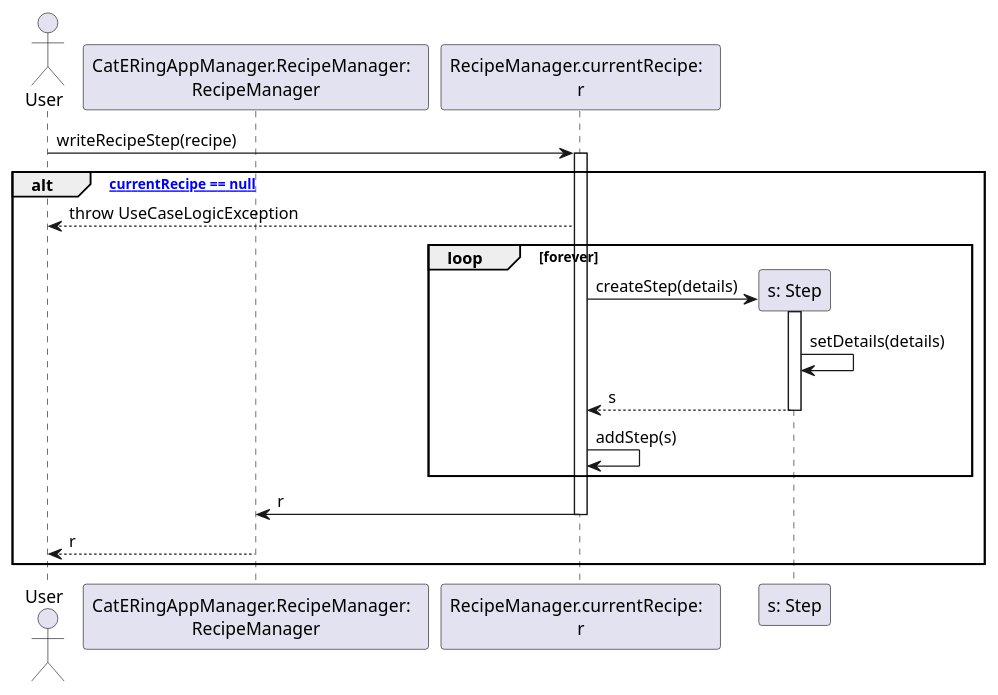
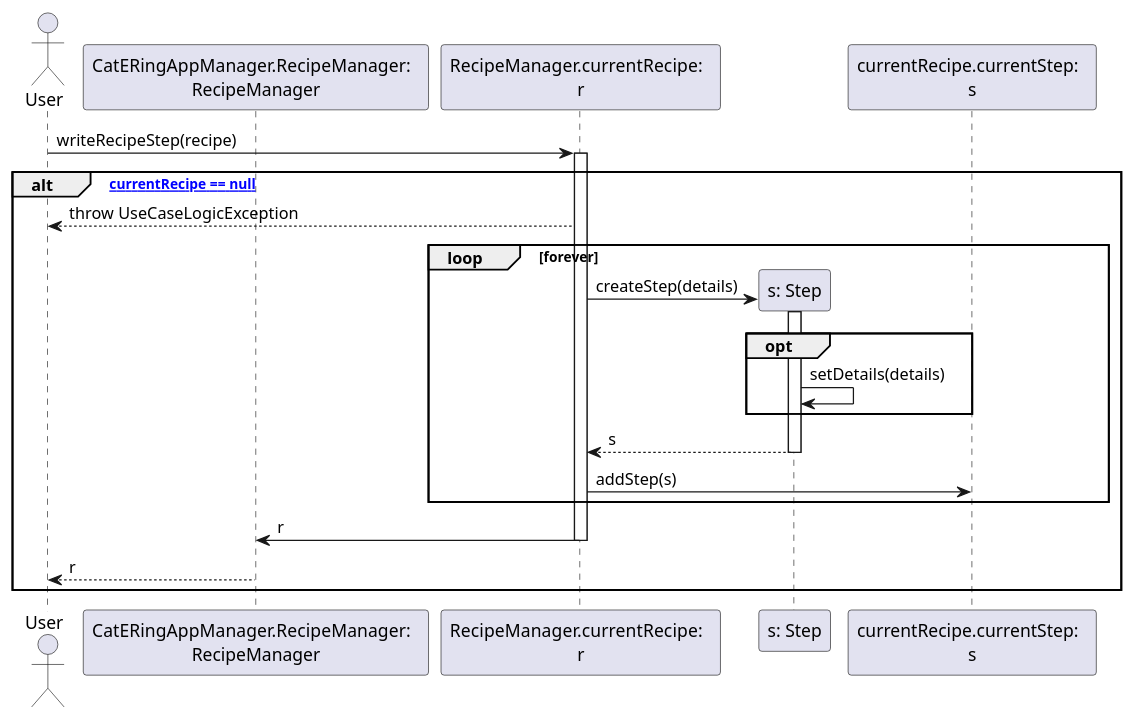
The diagram in dsd/dsd-ricette/2-writeRecipeStep.md (m0canu1/sas), drawn with PlantUML before and after one commit. The commit also changed 1 other file, not shown here.

````diff
--- a/dsd/dsd-ricette/2-writeRecipeStep.md
+++ b/dsd/dsd-ricette/2-writeRecipeStep.md
@@ -1,25 +1,27 @@
 ```plantuml
 Actor User
 Participant "CatERingAppManager.RecipeManager:  \nRecipeManager"
 Participant "RecipeManager.currentRecipe:  \nr"
 
 User -> "RecipeManager.currentRecipe:  \nr": writeRecipeStep(recipe)
 activate "RecipeManager.currentRecipe:  \nr"
 alt ["currentRecipe == null"]
     "RecipeManager.currentRecipe:  \nr" --> User: throw UseCaseLogicException
     loop forever
          create "s: Step"
          "RecipeManager.currentRecipe:  \nr" -> "s: Step":createStep(details)
          activate "s: Step"
-         "s: Step" -> "s: Step":setDetails(details)
+         opt
+            "s: Step" -> "s: Step":setDetails(details)
+         end
          "s: Step" --> "RecipeManager.currentRecipe:  \nr": s
          deactivate "s: Step"
-         "RecipeManager.currentRecipe:  \nr" -> "RecipeManager.currentRecipe:  \nr": addStep(s)
+         "RecipeManager.currentRecipe:  \nr" -> "currentRecipe.currentStep:  \ns": addStep(s)
     end
     "RecipeManager.currentRecipe:  \nr" -> "CatERingAppManager.RecipeManager:  \nRecipeManager": r
     deactivate "RecipeManager.currentRecipe:  \nr"
     "CatERingAppManager.RecipeManager:  \nRecipeManager" --> User: r
     
 end
 
 ```
````
